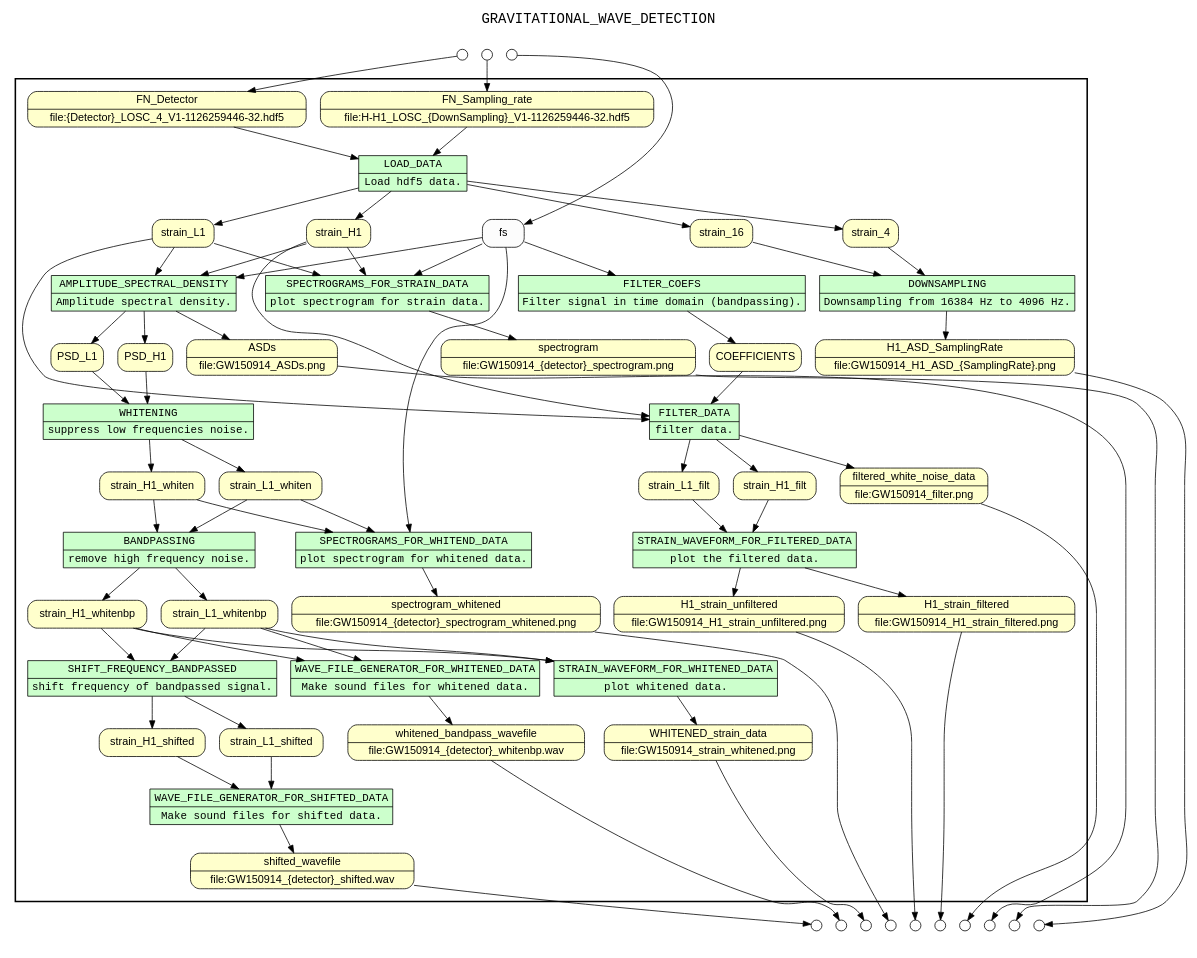
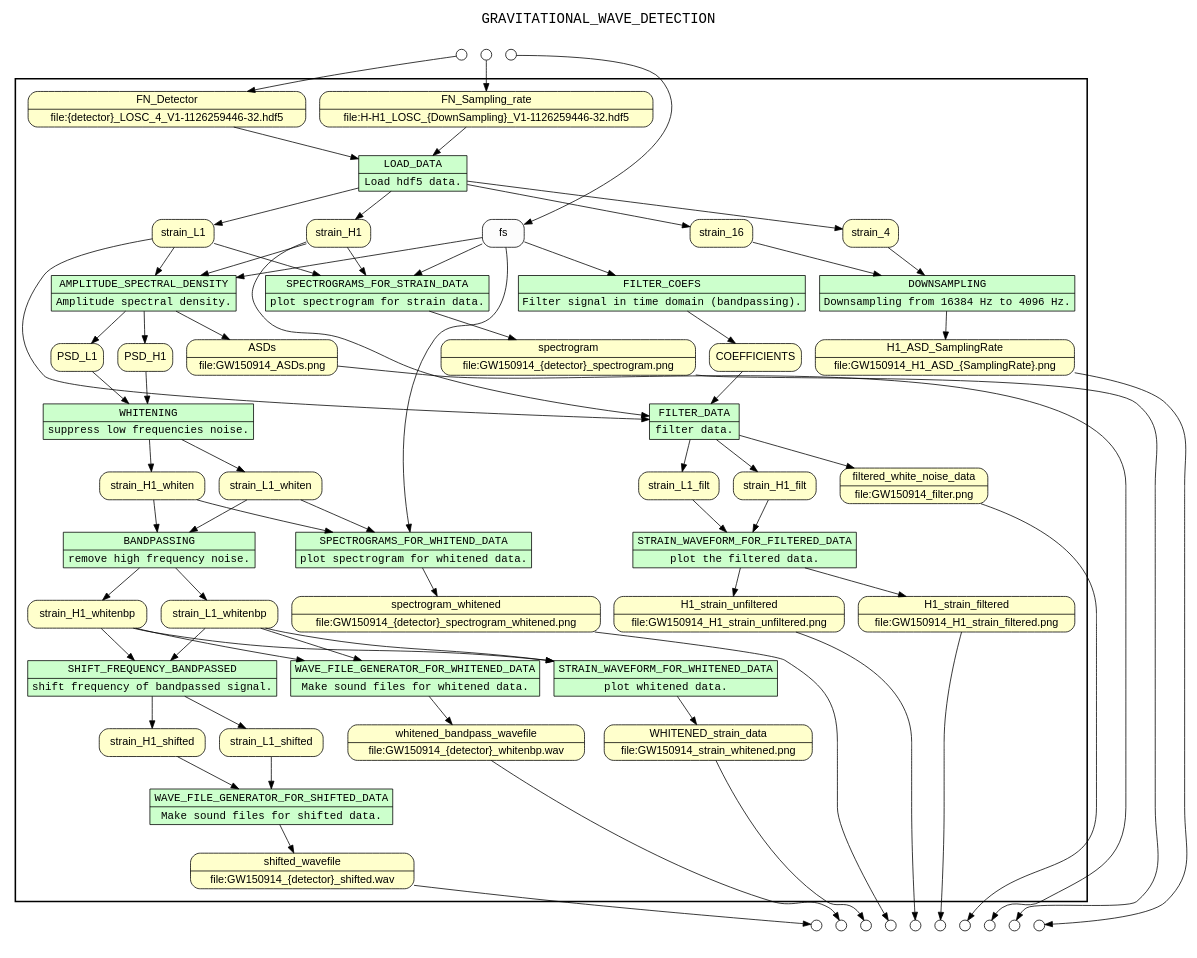
The diagram in graph/combined.gv (LBJ-Wade/ligo), drawn with Graphviz before and after one commit. The commit also changed 14 other files, not shown here.

Commit message:
update query and graphs

```diff
--- a/graph/combined.gv
+++ b/graph/combined.gv
@@ -1,187 +1,187 @@
 
 /* Start of top-level graph */
 digraph Workflow {
 rankdir=TB
 
 /* Title for graph */
 fontname=Courier; fontsize=18; labelloc=t
 label=GRAVITATIONAL_WAVE_DETECTION
 
 /* Start of double cluster for drawing box around nodes in workflow */
 subgraph cluster_workflow_box_outer { label=""; color=black; penwidth=2
 subgraph cluster_workflow_box_inner { label=""; color=white
 
 /* Style for nodes representing atomic programs in workflow */
 node[shape=box style=filled fillcolor="#CCFFCC" peripheries=1 fontname=Courier]
 
 /* Nodes representing atomic programs in workflow */
 LOAD_DATA [shape=record rankdir=LR label="{<f0> LOAD_DATA |<f1> Load hdf5 data.}"];
 AMPLITUDE_SPECTRAL_DENSITY [shape=record rankdir=LR label="{<f0> AMPLITUDE_SPECTRAL_DENSITY |<f1> Amplitude spectral density.}"];
 WHITENING [shape=record rankdir=LR label="{<f0> WHITENING |<f1> suppress low frequencies noise.}"];
 BANDPASSING [shape=record rankdir=LR label="{<f0> BANDPASSING |<f1> remove high frequency noise.}"];
 STRAIN_WAVEFORM_FOR_WHITENED_DATA [shape=record rankdir=LR label="{<f0> STRAIN_WAVEFORM_FOR_WHITENED_DATA |<f1> plot whitened data.}"];
 SPECTROGRAMS_FOR_STRAIN_DATA [shape=record rankdir=LR label="{<f0> SPECTROGRAMS_FOR_STRAIN_DATA |<f1> plot spectrogram for strain data.}"];
 SPECTROGRAMS_FOR_WHITEND_DATA [shape=record rankdir=LR label="{<f0> SPECTROGRAMS_FOR_WHITEND_DATA |<f1> plot spectrogram for whitened data.}"];
 FILTER_COEFS [shape=record rankdir=LR label="{<f0> FILTER_COEFS |<f1> Filter signal in time domain (bandpassing).}"];
 FILTER_DATA [shape=record rankdir=LR label="{<f0> FILTER_DATA |<f1> filter data.}"];
 STRAIN_WAVEFORM_FOR_FILTERED_DATA [shape=record rankdir=LR label="{<f0> STRAIN_WAVEFORM_FOR_FILTERED_DATA |<f1> plot the filtered data.}"];
 WAVE_FILE_GENERATOR_FOR_WHITENED_DATA [shape=record rankdir=LR label="{<f0> WAVE_FILE_GENERATOR_FOR_WHITENED_DATA |<f1> Make sound files for whitened data.}"];
 SHIFT_FREQUENCY_BANDPASSED [shape=record rankdir=LR label="{<f0> SHIFT_FREQUENCY_BANDPASSED |<f1> shift frequency of bandpassed signal.}"];
 WAVE_FILE_GENERATOR_FOR_SHIFTED_DATA [shape=record rankdir=LR label="{<f0> WAVE_FILE_GENERATOR_FOR_SHIFTED_DATA |<f1> Make sound files for shifted data.}"];
 DOWNSAMPLING [shape=record rankdir=LR label="{<f0> DOWNSAMPLING |<f1> Downsampling from 16384 Hz to 4096 Hz.}"];
 
 /* Style for nodes representing non-parameter data channels in workflow */
 node[shape=box style="rounded,filled" fillcolor="#FFFFCC" peripheries=1 fontname=Helvetica]
 
 /* Nodes for non-parameter data channels in workflow */
 shifted_wavefile [shape=record rankdir=LR label="{<f0> shifted_wavefile |<f1> file\:GW150914_\{detector\}_shifted.wav}"];
 whitened_bandpass_wavefile [shape=record rankdir=LR label="{<f0> whitened_bandpass_wavefile |<f1> file\:GW150914_\{detector\}_whitenbp.wav}"];
 spectrogram_whitened [shape=record rankdir=LR label="{<f0> spectrogram_whitened |<f1> file\:GW150914_\{detector\}_spectrogram_whitened.png}"];
 spectrogram [shape=record rankdir=LR label="{<f0> spectrogram |<f1> file\:GW150914_\{detector\}_spectrogram.png}"];
 filtered_white_noise_data [shape=record rankdir=LR label="{<f0> filtered_white_noise_data |<f1> file\:GW150914_filter.png}"];
 WHITENED_strain_data [shape=record rankdir=LR label="{<f0> WHITENED_strain_data |<f1> file\:GW150914_strain_whitened.png}"];
 H1_strain_filtered [shape=record rankdir=LR label="{<f0> H1_strain_filtered |<f1> file\:GW150914_H1_strain_filtered.png}"];
 H1_strain_unfiltered [shape=record rankdir=LR label="{<f0> H1_strain_unfiltered |<f1> file\:GW150914_H1_strain_unfiltered.png}"];
 ASDs [shape=record rankdir=LR label="{<f0> ASDs |<f1> file\:GW150914_ASDs.png}"];
 H1_ASD_SamplingRate [shape=record rankdir=LR label="{<f0> H1_ASD_SamplingRate |<f1> file\:GW150914_H1_ASD_\{SamplingRate\}.png}"];
-FN_Detector [shape=record rankdir=LR label="{<f0> FN_Detector |<f1> file\:\{Detector\}_LOSC_4_V1-1126259446-32.hdf5}"];
+FN_Detector [shape=record rankdir=LR label="{<f0> FN_Detector |<f1> file\:\{detector\}_LOSC_4_V1-1126259446-32.hdf5}"];
 FN_Sampling_rate [shape=record rankdir=LR label="{<f0> FN_Sampling_rate |<f1> file\:H-H1_LOSC_\{DownSampling\}_V1-1126259446-32.hdf5}"];
 strain_H1
 strain_L1
 PSD_H1
 PSD_L1
 strain_H1_whiten
 strain_L1_whiten
 strain_H1_whitenbp
 strain_L1_whitenbp
 COEFFICIENTS
 strain_H1_filt
 strain_L1_filt
 strain_H1_shifted
 strain_L1_shifted
 strain_16
 strain_4
 
 /* Style for nodes representing parameter channels in workflow */
 node[shape=box style="rounded,filled" fillcolor="#FCFCFC" peripheries=1 fontname=Helvetica]
 
 /* Nodes representing parameter channels in workflow */
 fs
 
 /* Edges representing connections between programs and channels */
 LOAD_DATA -> strain_H1
 LOAD_DATA -> strain_L1
 LOAD_DATA -> strain_16
 LOAD_DATA -> strain_4
 FN_Detector -> LOAD_DATA
 FN_Sampling_rate -> LOAD_DATA
 AMPLITUDE_SPECTRAL_DENSITY -> PSD_H1
 AMPLITUDE_SPECTRAL_DENSITY -> PSD_L1
 AMPLITUDE_SPECTRAL_DENSITY -> ASDs
 strain_H1 -> AMPLITUDE_SPECTRAL_DENSITY
 strain_L1 -> AMPLITUDE_SPECTRAL_DENSITY
 fs -> AMPLITUDE_SPECTRAL_DENSITY
 WHITENING -> strain_H1_whiten
 WHITENING -> strain_L1_whiten
 PSD_H1 -> WHITENING
 PSD_L1 -> WHITENING
 BANDPASSING -> strain_H1_whitenbp
 BANDPASSING -> strain_L1_whitenbp
 strain_H1_whiten -> BANDPASSING
 strain_L1_whiten -> BANDPASSING
 STRAIN_WAVEFORM_FOR_WHITENED_DATA -> WHITENED_strain_data
 strain_H1_whitenbp -> STRAIN_WAVEFORM_FOR_WHITENED_DATA
 strain_L1_whitenbp -> STRAIN_WAVEFORM_FOR_WHITENED_DATA
 SPECTROGRAMS_FOR_STRAIN_DATA -> spectrogram
 strain_H1 -> SPECTROGRAMS_FOR_STRAIN_DATA
 strain_L1 -> SPECTROGRAMS_FOR_STRAIN_DATA
 fs -> SPECTROGRAMS_FOR_STRAIN_DATA
 SPECTROGRAMS_FOR_WHITEND_DATA -> spectrogram_whitened
 strain_H1_whiten -> SPECTROGRAMS_FOR_WHITEND_DATA
 strain_L1_whiten -> SPECTROGRAMS_FOR_WHITEND_DATA
 fs -> SPECTROGRAMS_FOR_WHITEND_DATA
 FILTER_COEFS -> COEFFICIENTS
 fs -> FILTER_COEFS
 FILTER_DATA -> strain_H1_filt
 FILTER_DATA -> strain_L1_filt
 FILTER_DATA -> filtered_white_noise_data
 strain_H1 -> FILTER_DATA
 strain_L1 -> FILTER_DATA
 COEFFICIENTS -> FILTER_DATA
 STRAIN_WAVEFORM_FOR_FILTERED_DATA -> H1_strain_filtered
 STRAIN_WAVEFORM_FOR_FILTERED_DATA -> H1_strain_unfiltered
 strain_H1_filt -> STRAIN_WAVEFORM_FOR_FILTERED_DATA
 strain_L1_filt -> STRAIN_WAVEFORM_FOR_FILTERED_DATA
 WAVE_FILE_GENERATOR_FOR_WHITENED_DATA -> whitened_bandpass_wavefile
 strain_H1_whitenbp -> WAVE_FILE_GENERATOR_FOR_WHITENED_DATA
 strain_L1_whitenbp -> WAVE_FILE_GENERATOR_FOR_WHITENED_DATA
 SHIFT_FREQUENCY_BANDPASSED -> strain_H1_shifted
 SHIFT_FREQUENCY_BANDPASSED -> strain_L1_shifted
 strain_H1_whitenbp -> SHIFT_FREQUENCY_BANDPASSED
 strain_L1_whitenbp -> SHIFT_FREQUENCY_BANDPASSED
 WAVE_FILE_GENERATOR_FOR_SHIFTED_DATA -> shifted_wavefile
 strain_H1_shifted -> WAVE_FILE_GENERATOR_FOR_SHIFTED_DATA
 strain_L1_shifted -> WAVE_FILE_GENERATOR_FOR_SHIFTED_DATA
 DOWNSAMPLING -> H1_ASD_SamplingRate
 strain_16 -> DOWNSAMPLING
 strain_4 -> DOWNSAMPLING
 
 /* End of double cluster for drawing box around nodes in workflow */
 }}
 
 /* Hidden double-cluster for grouping workflow input ports */
 subgraph cluster_input_ports_group_outer { label=""; color=white
 subgraph cluster_input_ports_group_inner { label=""; color=white
 
 /* Style for nodes representing workflow input ports */
 node[shape=circle style="rounded,filled" fillcolor="#FFFFFF" peripheries=1 fontname=Helvetica width=0.2]
 
 /* Nodes representing workflow input ports */
 FN_Detector_input_port [label=""]
 FN_Sampling_rate_input_port [label=""]
 fs_input_port [label=""]
 
 /* End of double-cluster for grouping workflow input ports */
 }}
 
 /* Hidden double-cluster for grouping workflow output ports */
 subgraph cluster_output_ports_group_outer { label=""; color=white
 subgraph cluster_output_ports_group_inner { label=""; color=white
 
 /* Style for nodes representing workflow output ports */
 node[shape=circle style="rounded,filled" fillcolor="#FFFFFF" peripheries=1 fontname=Helvetica width=0.2]
 
 /* Nodes representing workflow output ports */
 shifted_wavefile_output_port [label=""]
 whitened_bandpass_wavefile_output_port [label=""]
 spectrogram_whitened_output_port [label=""]
 spectrogram_output_port [label=""]
 filtered_white_noise_data_output_port [label=""]
 WHITENED_strain_data_output_port [label=""]
 H1_strain_filtered_output_port [label=""]
 H1_strain_unfiltered_output_port [label=""]
 ASDs_output_port [label=""]
 H1_ASD_SamplingRate_output_port [label=""]
 
 /* End of double-cluster for grouping workflow output ports */
 }}
 
 /* Edges from input ports to channels */
 FN_Detector_input_port -> FN_Detector
 FN_Sampling_rate_input_port -> FN_Sampling_rate
 fs_input_port -> fs
 
 /* Edges from channels to output ports */
 shifted_wavefile -> shifted_wavefile_output_port
 whitened_bandpass_wavefile -> whitened_bandpass_wavefile_output_port
 spectrogram_whitened -> spectrogram_whitened_output_port
 spectrogram -> spectrogram_output_port
 filtered_white_noise_data -> filtered_white_noise_data_output_port
 WHITENED_strain_data -> WHITENED_strain_data_output_port
 H1_strain_filtered -> H1_strain_filtered_output_port
 H1_strain_unfiltered -> H1_strain_unfiltered_output_port
 ASDs -> ASDs_output_port
 H1_ASD_SamplingRate -> H1_ASD_SamplingRate_output_port
 
 /* End of top-level graph */
 }
```
